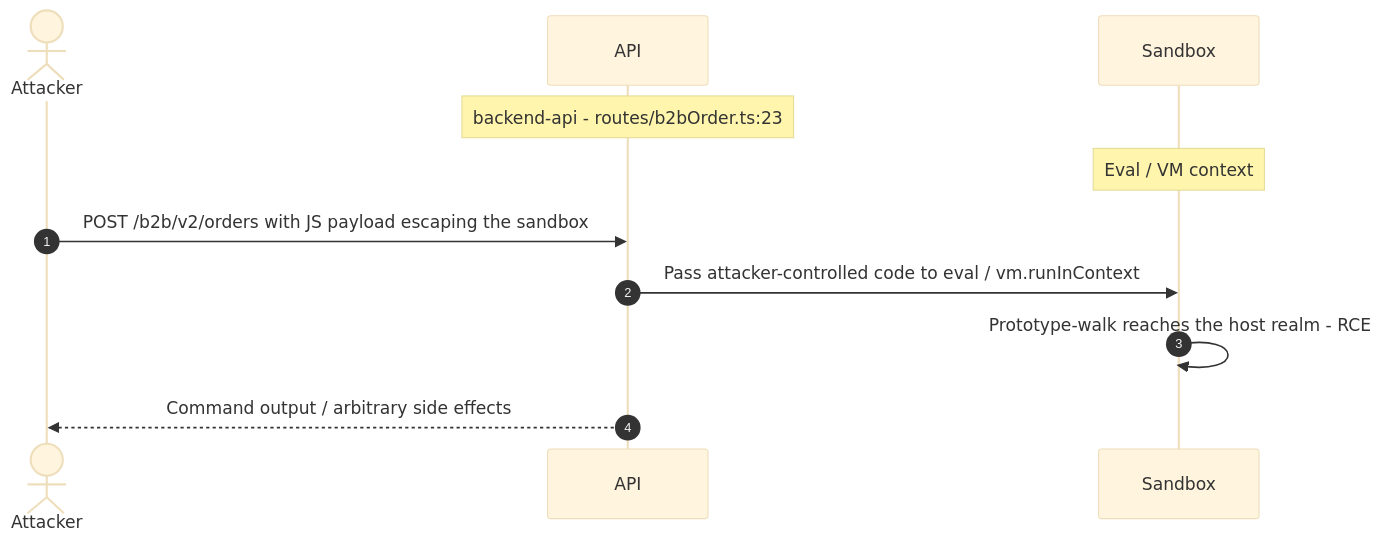
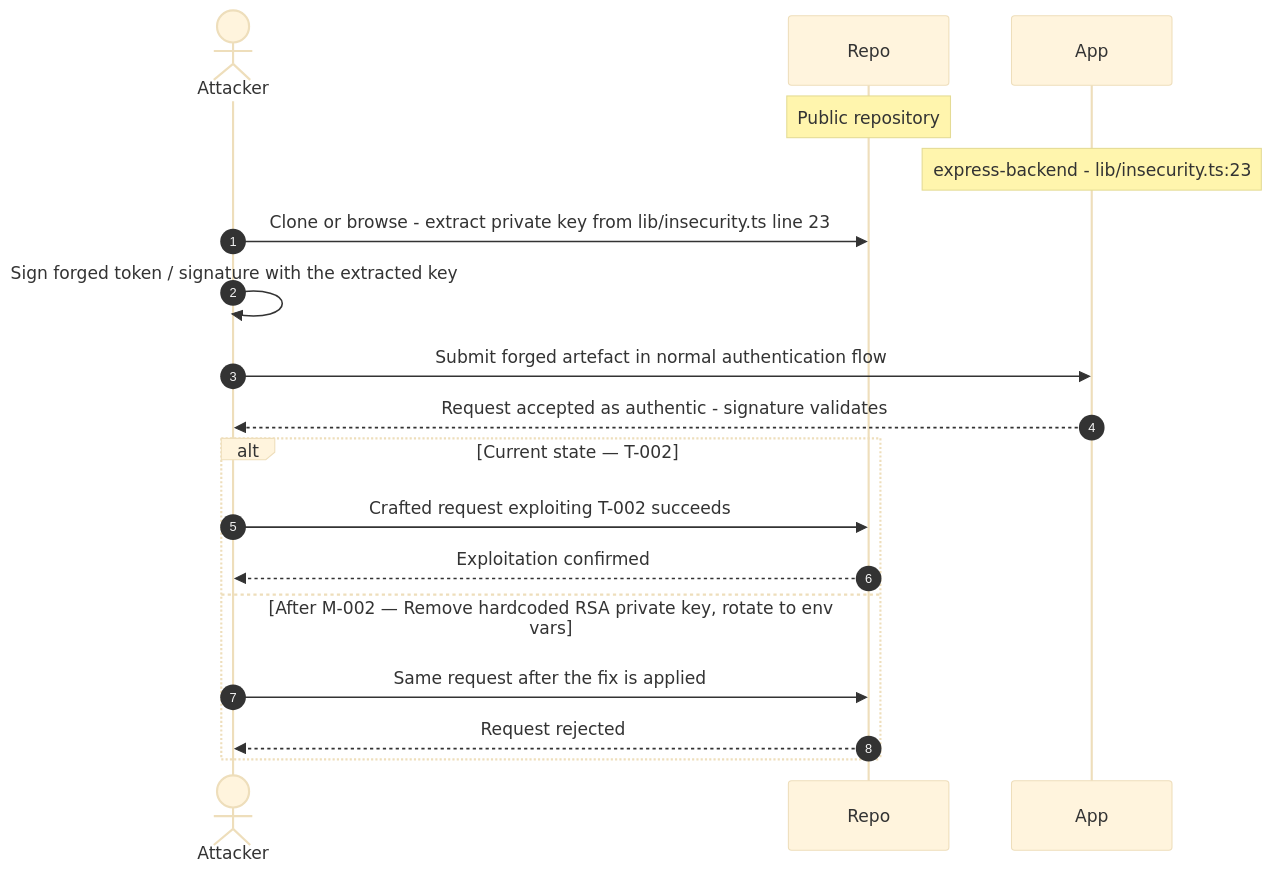
One commit to appsec-foundry/appsec-advisor changed the ninth of 15 diagrams in examples/threat-modeler/threat-model-juice-shop-standard.md. Above: the diagram before and after it, drawn with Mermaid (base theme). The commit also changed other lines of this file, not shown here.

````diff
--- a/examples/threat-modeler/threat-model-juice-shop-standard.md
+++ b/examples/threat-modeler/threat-model-juice-shop-standard.md
@@ -633,13 +553,20 @@
 ```mermaid
 sequenceDiagram
     autonumber
     actor Attacker
-    participant API
-    participant Sandbox
-    Note over API: backend-api - routes/b2bOrder.ts:23
-    Note over Sandbox: Eval / VM context
-    Attacker->>API: POST /b2b/v2/orders with JS payload escaping the sandbox
-    API->>Sandbox: Pass attacker-controlled code to eval / vm.runInContext
-    Sandbox->>Sandbox: Prototype-walk reaches the host realm - RCE
-    API-->>Attacker: Command output / arbitrary side effects
+    participant Repo
+    participant App
+    Note over Repo: Public repository
+    Note over App: express-backend - lib/insecurity.ts:23
+    Attacker->>Repo: Clone or browse - extract private key from lib/insecurity.ts line 23
+    Attacker->>Attacker: Sign forged token / signature with the extracted key
+    Attacker->>App: Submit forged artefact in normal authentication flow
+    App-->>Attacker: Request accepted as authentic - signature validates
+    alt Current state — T-002
+        Attacker->>Repo: Crafted request exploiting T-002 succeeds
+        Repo-->>Attacker: Exploitation confirmed
+    else After M-002 — Remove hardcoded RSA private key, rotate to env vars
+        Attacker->>Repo: Same request after the fix is applied
+        Repo-->>Attacker: Request rejected
+    end
 ```
````
